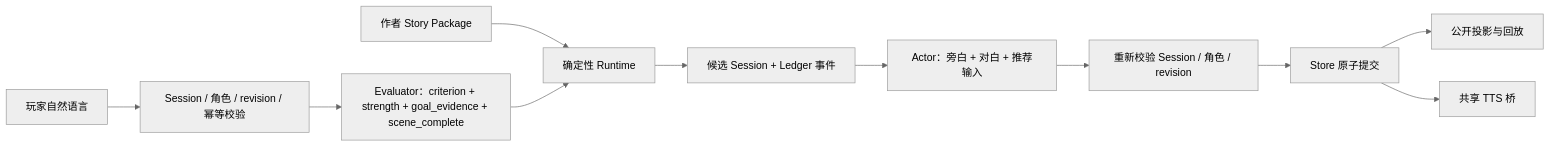
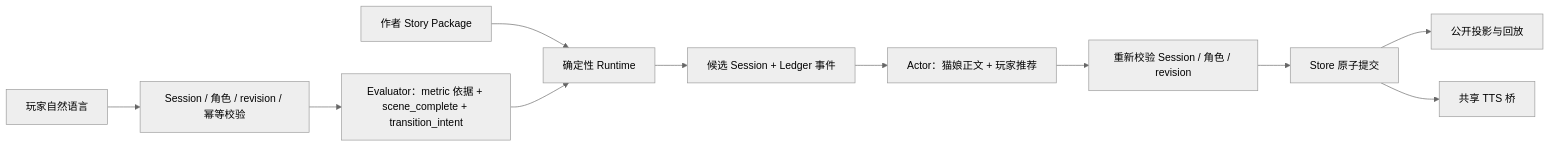
Before and after one commit to Krabbypattyl/N.E.K.O: the first of 2 diagrams in docs/design/neko-theater-architecture.md, drawn with Mermaid (neutral theme). The commit also changed other lines of this file and 45 other files, not shown here.

````diff
--- a/docs/design/neko-theater-architecture.md
+++ b/docs/design/neko-theater-architecture.md
@@ -47,13 +48,13 @@
 ```mermaid
 flowchart LR
     Input["玩家自然语言"] --> Guard["Session / 角色 / revision / 幂等校验"]
-    Guard --> Eval["Evaluator：criterion + strength + goal_evidence + scene_complete"]
+    Guard --> Eval["Evaluator：metric 依据 + scene_complete + transition_intent"]
     Story["作者 Story Package"] --> Runtime["确定性 Runtime"]
     Eval --> Runtime
     Runtime --> Candidate["候选 Session + Ledger 事件"]
-    Candidate --> Actor["Actor：旁白 + 对白 + 推荐输入"]
+    Candidate --> Actor["Actor：猫娘正文 + 玩家推荐"]
     Actor --> Recheck["重新校验 Session / 角色 / revision"]
     Recheck --> Commit["Store 原子提交"]
     Commit --> UI["公开投影与回放"]
     Commit --> TTS["共享 TTS 桥"]
 ```
````
